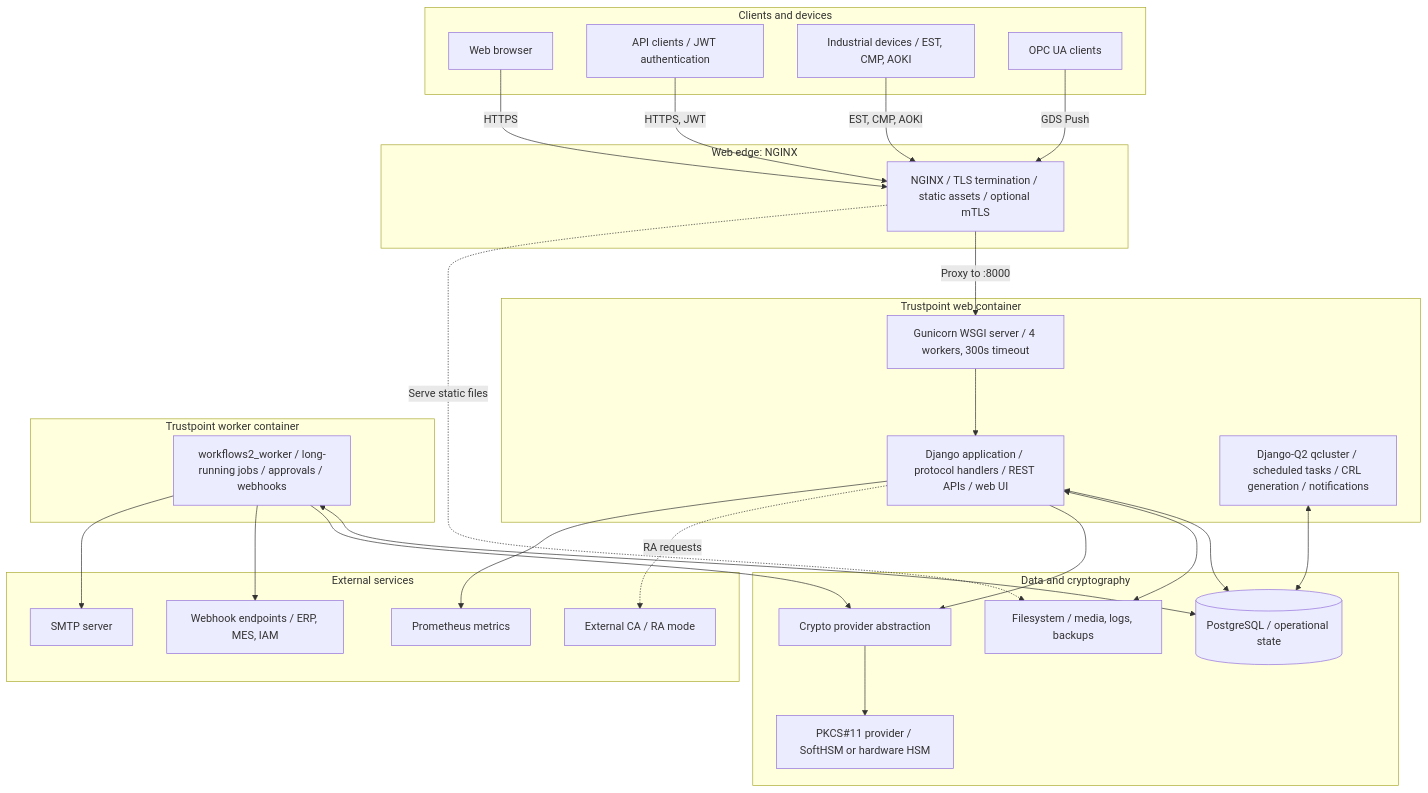
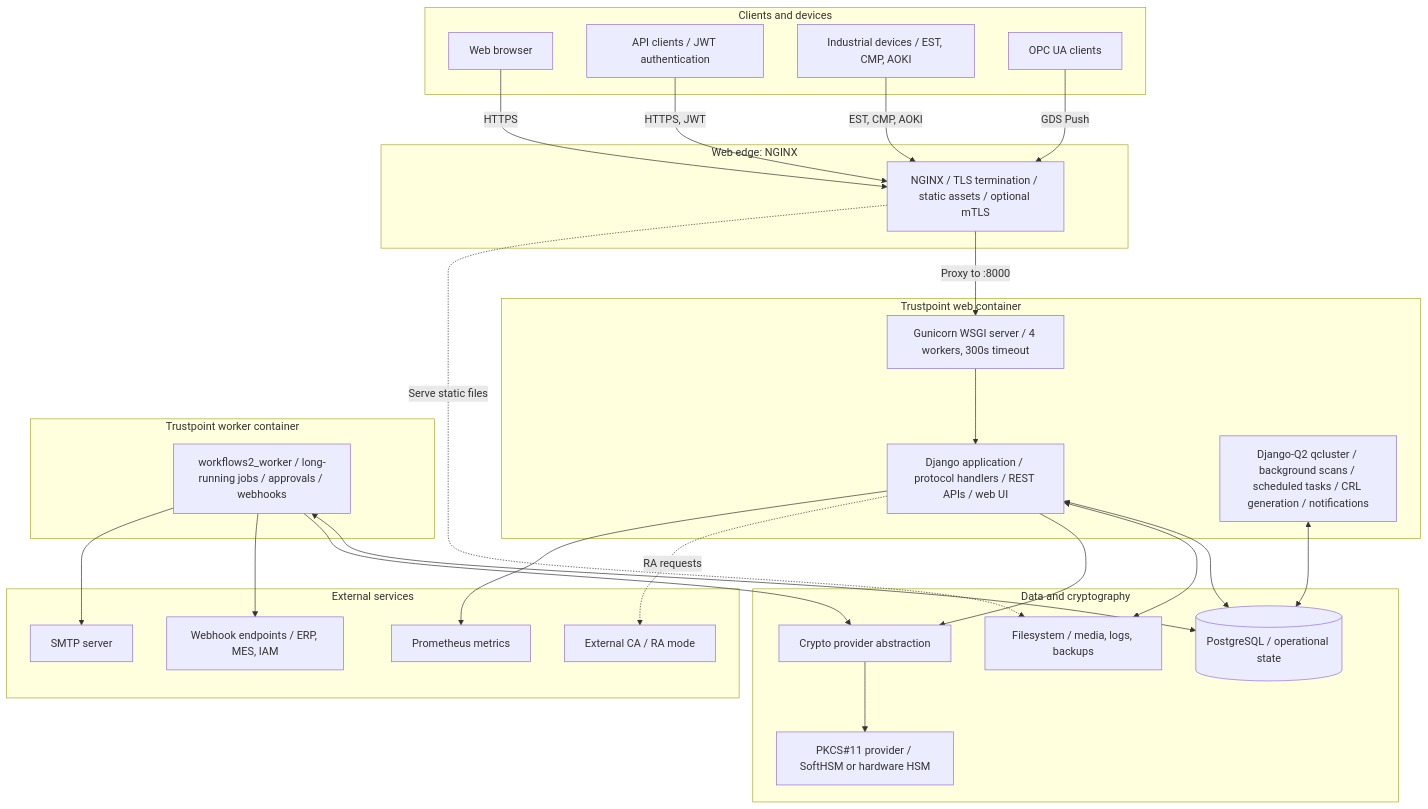
The first of 2 diagrams in docs/source/development/architecture/runtime_architecture.md (Trustpoint-Project/trustpoint), drawn with Mermaid before and after one commit. The commit also changed other lines of this file and 10 other files, not shown here.

````diff
--- a/docs/source/development/architecture/runtime_architecture.md
+++ b/docs/source/development/architecture/runtime_architecture.md
@@ -7,61 +7,61 @@
 ```{mermaid}
 flowchart TB
     subgraph CLIENTS[Clients and devices]
         BROWSER[Web browser]
         API["API clients / JWT authentication"]
         DEVICE["Industrial devices / EST, CMP, AOKI"]
         OPC_UA[OPC UA clients]
     end
 
     subgraph WEB_EDGE[Web edge: NGINX]
         NGINX["NGINX / TLS termination / static assets / optional mTLS"]
     end
 
     subgraph TRUSTPOINT_WEB[Trustpoint web container]
         GUNICORN["Gunicorn WSGI server / 4 workers, 300s timeout"]
         DJANGO["Django application / protocol handlers / REST APIs / web UI"]
-        QCLUSTER["Django-Q2 qcluster / scheduled tasks / CRL generation / notifications"]
+        QCLUSTER["Django-Q2 qcluster / background scans / scheduled tasks / CRL generation / notifications"]
     end
 
     subgraph TRUSTPOINT_WORKER[Trustpoint worker container]
         WF_WORKER["workflows2_worker / long-running jobs / approvals / webhooks"]
     end
 
     subgraph DATA_LAYER[Data and cryptography]
         POSTGRES[("PostgreSQL / operational state")]
         FILES["Filesystem / media, logs, backups"]
         CRYPTO_API[Crypto provider abstraction]
         PKCS11_IMPL["PKCS#11 provider / SoftHSM or hardware HSM"]
     end
 
     subgraph EXTERNAL_SVC[External services]
         EXTERNAL_CA["External CA / RA mode"]
         WEBHOOK_TARGET["Webhook endpoints / ERP, MES, IAM"]
         SMTP[SMTP server]
         PROMETHEUS[Prometheus metrics]
     end
 
     BROWSER -->|HTTPS| NGINX
     API -->|HTTPS, JWT| NGINX
     DEVICE -->|EST, CMP, AOKI| NGINX
     OPC_UA -->|GDS Push| NGINX
 
     NGINX -->|Proxy to :8000| GUNICORN
     NGINX -.->|Serve static files| FILES
     GUNICORN --> DJANGO
 
     DJANGO <--> POSTGRES
     DJANGO <--> FILES
     DJANGO --> CRYPTO_API
     QCLUSTER <--> POSTGRES
 
     WF_WORKER <--> POSTGRES
     WF_WORKER --> CRYPTO_API
 
     CRYPTO_API --> PKCS11_IMPL
 
     DJANGO -.->|RA requests| EXTERNAL_CA
     WF_WORKER --> WEBHOOK_TARGET
     WF_WORKER --> SMTP
     DJANGO --> PROMETHEUS
 ```
````
